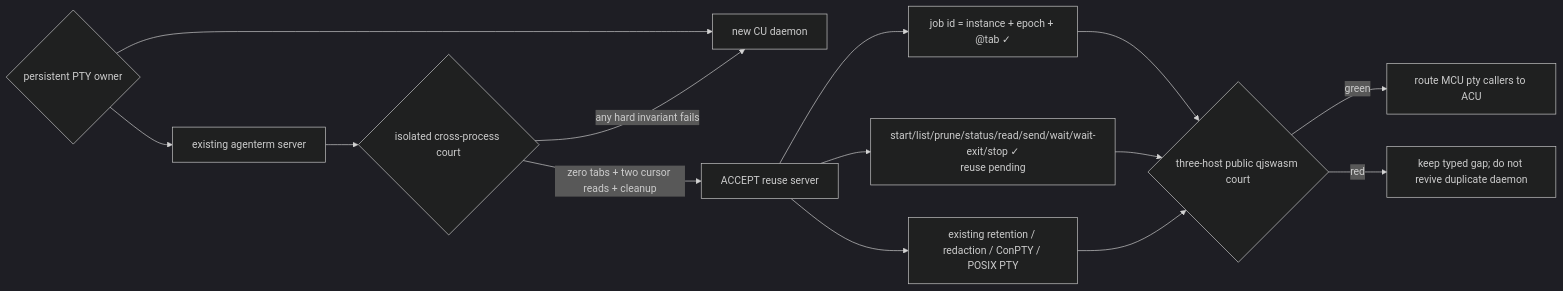
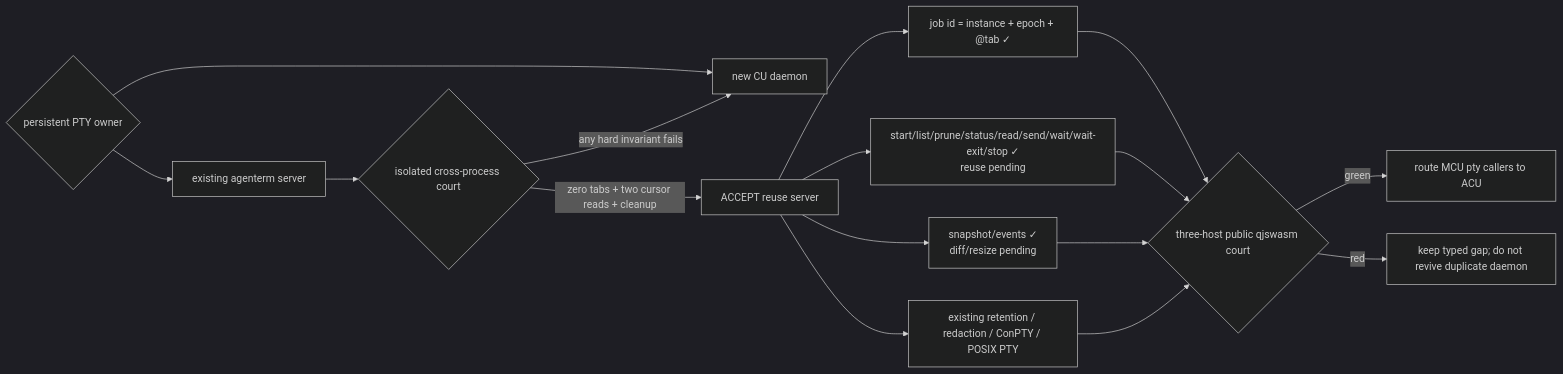
The diagram in plan/experiment-headless-pty-owner.md (partnernetsoftware/agenterm), drawn with Mermaid (dark theme) before and after one commit. The commit also changed other lines of this file and 17 other files, not shown here.

````diff
--- a/plan/experiment-headless-pty-owner.md
+++ b/plan/experiment-headless-pty-owner.md
@@ -100,17 +103,19 @@
 ```mermaid
 flowchart LR
   Q{"persistent PTY owner"}
   Q --> A["existing agenterm server"]
   Q --> B["new CU daemon"]
   A --> C{"isolated cross-process court"}
   C -->|"zero tabs + two cursor reads + cleanup"| D["ACCEPT reuse server"]
   C -->|"any hard invariant fails"| B
   D --> I["job id = instance + epoch + @tab ✓"]
   D --> S["start/list/prune/status/read/send/wait/wait-exit/stop ✓<br/>reuse pending"]
+  D --> E["snapshot/events ✓<br/>diff/resize pending"]
   D --> R["existing retention / redaction / ConPTY / POSIX PTY"]
   I --> G{"three-host public qjswasm court"}
   S --> G
+  E --> G
   R --> G
   G -->|green| M["route MCU pty callers to ACU"]
   G -->|red| K["keep typed gap; do not revive duplicate daemon"]
 ```
````
